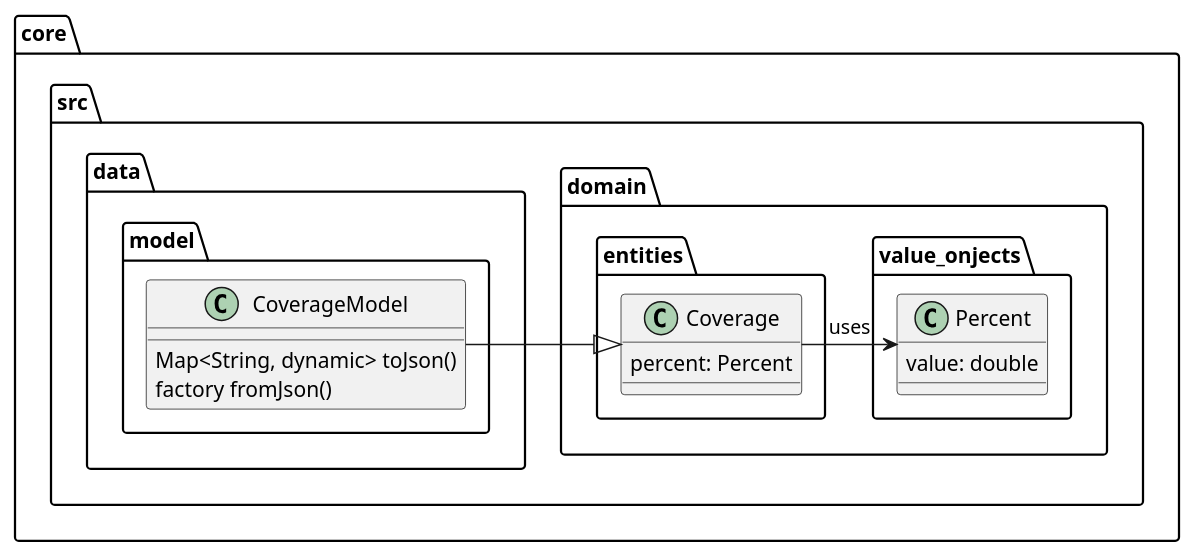
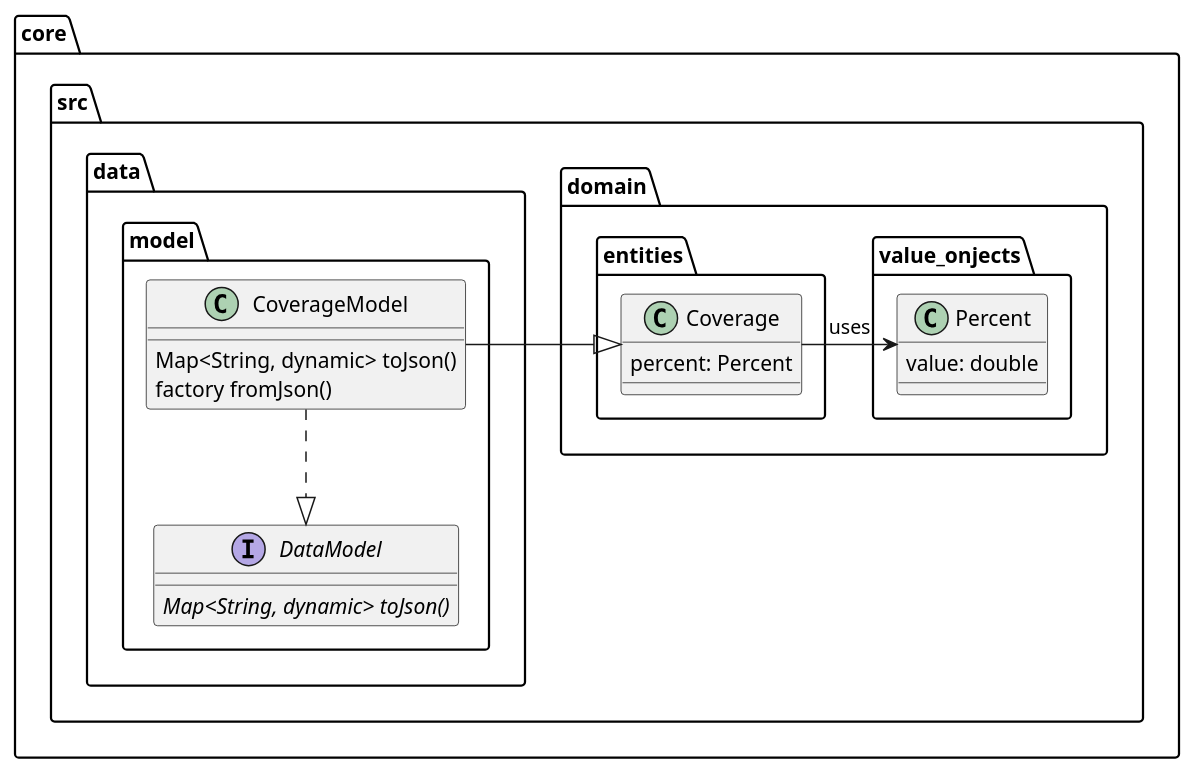
One commit to Flank/flank-dashboard changed the diagram in metrics/ci_integrations/docs/diagrams/ci_integrations_coverage_class_diagram.puml. Above: the diagram before and after it, drawn with PlantUML. The commit also changed 1 other file, not shown here.

Commit message:
Improve coverage converter diagrams

```diff
--- a/metrics/ci_integrations/docs/diagrams/ci_integrations_coverage_class_diagram.puml
+++ b/metrics/ci_integrations/docs/diagrams/ci_integrations_coverage_class_diagram.puml
@@ -1,31 +1,37 @@
 @startuml coverage_data_model_class_diagram
 
 package core.src {
     package domain {
         package value_onjects {
             class Percent {
                 value: double
             }
         }
 
         package entities {
             class Coverage {
                 percent: Percent
             }
         }
     }
 
 
     package data.model {
         class CoverageModel {
             Map<String, dynamic> toJson()
             factory fromJson()
         }
+
+        interface DataModel {
+            {abstract} Map<String, dynamic> toJson()
+        }
     }
 }
 
 Coverage -> Percent : uses
 CoverageModel -|> Coverage
 
+CoverageModel ..|> DataModel
+
 
 @enduml
```
